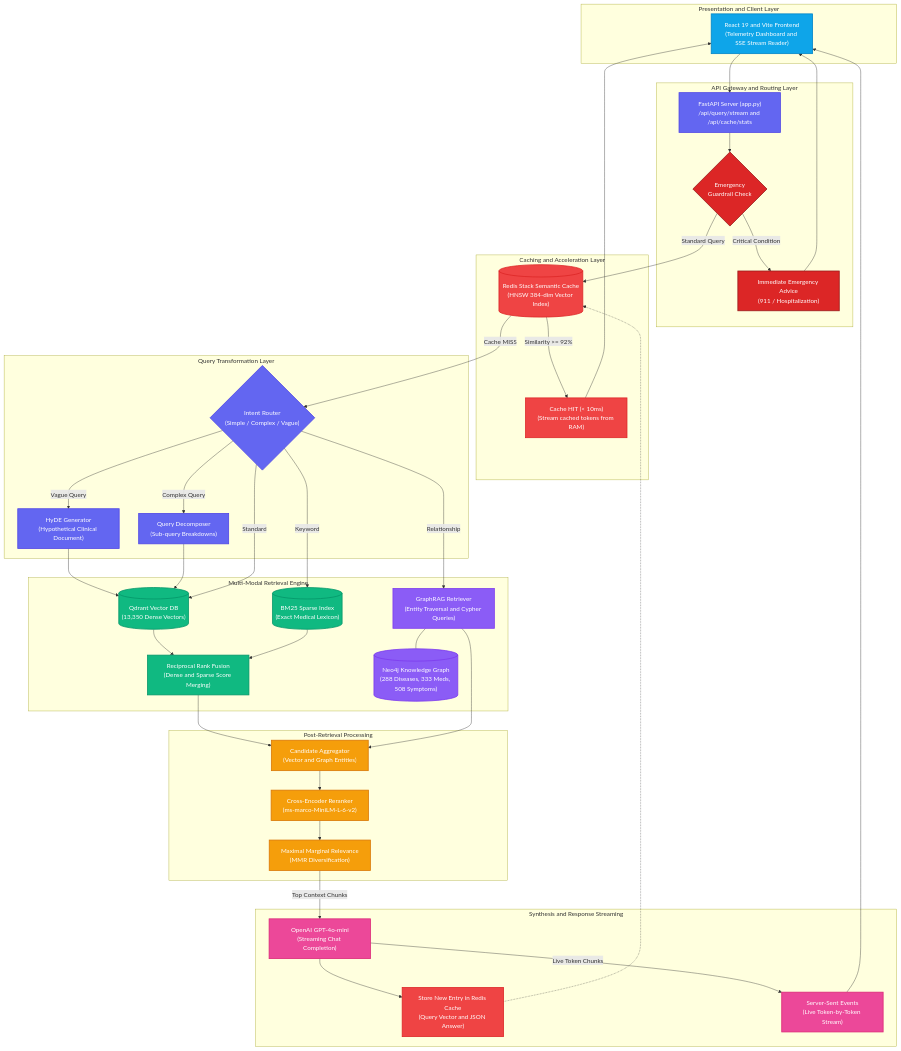
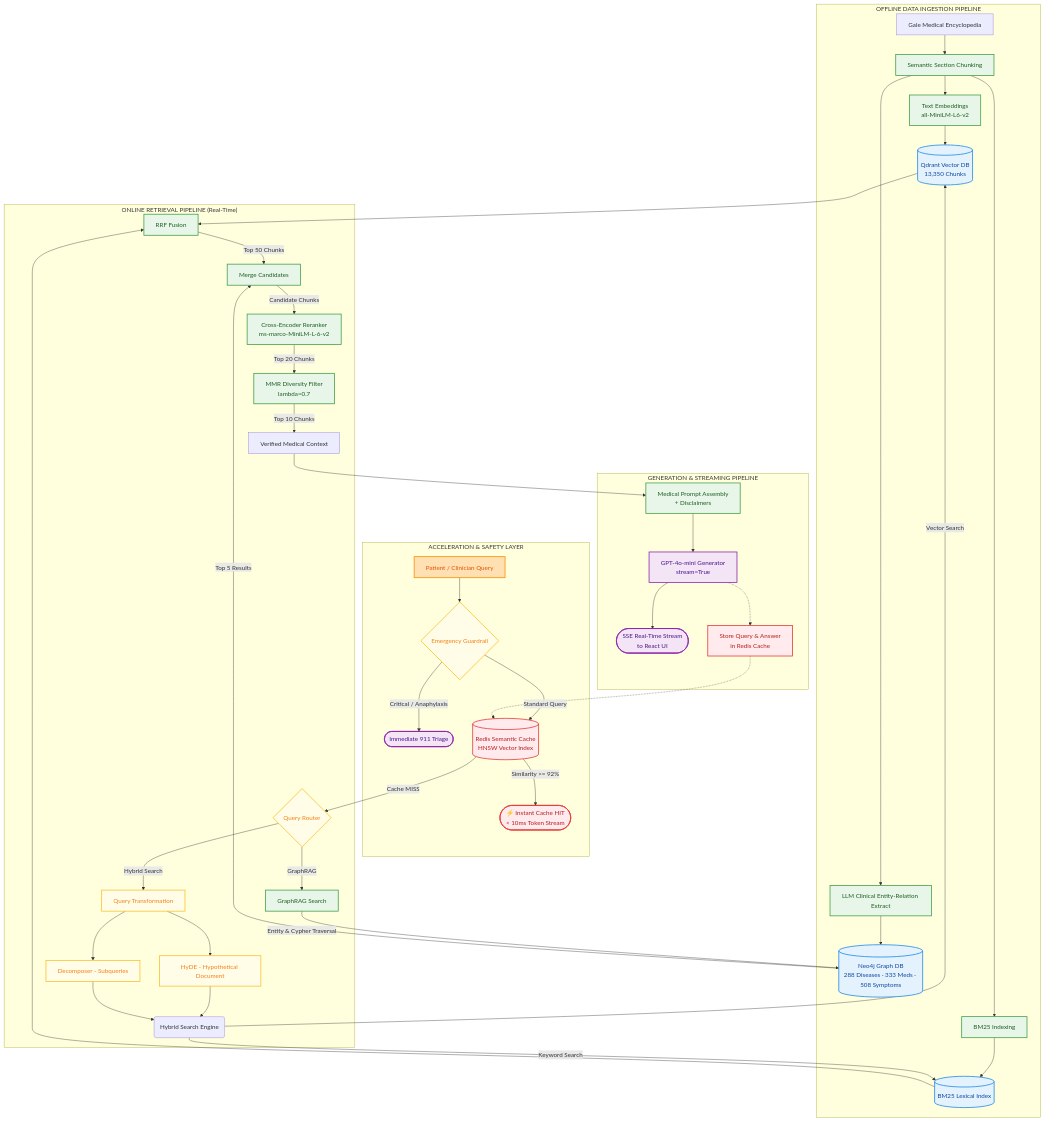
One commit to BaoNguyenz/End-to-end-Medical-Ai-Chatbox changed the diagram in README.md. Above: the diagram before and after it, drawn with Mermaid. The commit also changed other lines of this file, not shown here.

Commit message:
docs: reformat README.md to match exact structure and aesthetic of main branch

````diff
--- a/README.md
+++ b/README.md
@@ -25,94 +50,69 @@
 ```mermaid
 flowchart TD
-    %% Styling Classes (Avoid reserved keywords like 'graph')
-    classDef client fill:#0ea5e9,stroke:#0284c7,stroke-width:2px,color:#ffffff;
-    classDef gateway fill:#6366f1,stroke:#4f46e5,stroke-width:2px,color:#ffffff;
-    classDef cache fill:#ef4444,stroke:#dc2626,stroke-width:2px,color:#ffffff;
-    classDef retrieval fill:#10b981,stroke:#059669,stroke-width:2px,color:#ffffff;
-    classDef graphNode fill:#8b5cf6,stroke:#7c3aed,stroke-width:2px,color:#ffffff;
-    classDef post fill:#f59e0b,stroke:#d97706,stroke-width:2px,color:#ffffff;
-    classDef llm fill:#ec4899,stroke:#db2777,stroke-width:2px,color:#ffffff;
-    classDef safety fill:#dc2626,stroke:#991b1b,stroke-width:2px,color:#ffffff;
+    %% Theme Styling matching main branch
+    classDef storage fill:#e3f2fd,stroke:#1e88e5,stroke-width:2px,color:#0d47a1;
+    classDef action fill:#e8f5e9,stroke:#43a047,stroke-width:2px,color:#1b5e20;
+    classDef routing fill:#fffde7,stroke:#fbc02d,stroke-width:2px,color:#f57f17;
+    classDef input fill:#ffe0b2,stroke:#fb8c00,stroke-width:2px,color:#e65100;
+    classDef output fill:#f3e5f5,stroke:#8e24aa,stroke-width:2px,color:#4a148c;
+    classDef cache fill:#ffebee,stroke:#e53935,stroke-width:2px,color:#b71c1c;
 
-    %% Client Layer
-    subgraph ClientLayer [" Presentation and Client Layer "]
-        Client["React 19 and Vite Frontend<br/>(Telemetry Dashboard and SSE Stream Reader)"]:::client
+    subgraph INGESTION ["OFFLINE DATA INGESTION PIPELINE"]
+        Docs[Gale Medical Encyclopedia] --> Chunk[Semantic Section Chunking]
+        
+        %% Vector & BM25
+        Chunk --> Embed[Text Embeddings<br/>all-MiniLM-L6-v2] --> VecDB[(Qdrant Vector DB<br/>13,350 Chunks)]
+        Chunk --> BuildBM25[BM25 Indexing] --> BM25DB[(BM25 Lexical Index)]
+        
+        %% GraphRAG
+        Chunk --> GraphExtract[LLM Clinical Entity-Relation Extract] --> GraphDB[(Neo4j Graph DB<br/>288 Diseases · 333 Meds · 508 Symptoms)]
     end
 
-    %% Gateway & API Layer
-    subgraph APILayer [" API Gateway and Routing Layer "]
-        API["FastAPI Server (app.py)<br/>/api/query/stream and /api/cache/stats"]:::gateway
-        SafetyCheck{"Emergency<br/>Guardrail Check"}:::safety
-        EmergencyResp["Immediate Emergency Advice<br/>(911 / Hospitalization)"]:::safety
+    subgraph CACHING ["ACCELERATION & SAFETY LAYER"]
+        Q[Patient / Clinician Query] --> Safety{Emergency Guardrail}
+        Safety -- "Critical / Anaphylaxis" --> EmergAns([Immediate 911 Triage])
+        Safety -- "Standard Query" --> RedisCache[(Redis Semantic Cache<br/>HNSW Vector Index)]
+        RedisCache -- "Similarity >= 92%" --> CacheHit([⚡ Instant Cache HIT<br/>&lt; 10ms Token Stream])
     end
 
-    %% Caching Layer
-    subgraph CacheLayer [" Caching and Acceleration Layer "]
-        RedisCache[("Redis Stack Semantic Cache<br/>(HNSW 384-dim Vector Index)")]:::cache
-        CacheHit["Cache HIT (< 10ms)<br/>(Stream cached tokens from RAM)"]:::cache
+    subgraph RETRIEVAL ["ONLINE RETRIEVAL PIPELINE (Real-Time)"]
+        RedisCache -- "Cache MISS" --> Router{Query Router}
+        
+        %% Vector / Hybrid
+        Router -- "Hybrid Search" --> QTrans[Query Transformation]
+        QTrans --> HyDE[HyDE - Hypothetical Document]
+        QTrans --> Decompose[Decomposer - Subqueries]
+        
+        HyDE & Decompose --> SearchEngine(Hybrid Search Engine)
+        SearchEngine --> |Vector Search| VecDB
+        SearchEngine --> |Keyword Search| BM25DB
+        
+        %% Merging & Reranking
+        VecDB & BM25DB --> RRF[RRF Fusion]
+        RRF --> |Top 50 Chunks| Merge[Merge Candidates]
+
+        %% GraphRAG
+        Router -- "GraphRAG" --> GraphSearch[GraphRAG Search]
+        GraphSearch --> |Entity & Cypher Traversal| GraphDB
+        GraphDB --> |Top 5 Results| Merge
+
+        %% Post-Retrieval Pipeline
+        Merge --> |Candidate Chunks| Rerank[Cross-Encoder Reranker<br/>ms-marco-MiniLM-L-6-v2]
+        Rerank --> |Top 20 Chunks| MMR[MMR Diversity Filter<br/>lambda=0.7]
+        MMR --> |Top 10 Chunks| Context[Verified Medical Context]
     end
 
-    %% Query Transformation Layer
-    subgraph TransformLayer [" Query Transformation Layer "]
-        QueryRouter{"Intent Router<br/>(Simple / Complex / Vague)"}:::gateway
-        HyDE["HyDE Generator<br/>(Hypothetical Clinical Document)"]:::gateway
-        Decomp["Query Decomposer<br/>(Sub-query Breakdowns)"]:::gateway
+    subgraph GENERATION ["GENERATION & STREAMING PIPELINE"]
+        Context --> Assemble[Medical Prompt Assembly<br/>+ Disclaimers]
+        Assemble --> LLM[GPT-4o-mini Generator<br/>stream=True]
+        LLM --> StreamToken([SSE Real-Time Stream<br/>to React UI])
+        LLM -.-> StoreCache[Store Query & Answer<br/>in Redis Cache] -.-> RedisCache
     end
 
-    %% Hybrid Retrieval & Knowledge Graph Layer
-    subgraph RetrievalLayer [" Multi-Modal Retrieval Engine "]
-        QdrantDB[("Qdrant Vector DB<br/>(13,350 Dense Vectors)")]:::retrieval
-        BM25DB[("BM25 Sparse Index<br/>(Exact Medical Lexicon)")]:::retrieval
-        RRF["Reciprocal Rank Fusion<br/>(Dense and Sparse Score Merging)"]:::retrieval
-        Neo4jDB[("Neo4j Knowledge Graph<br/>(288 Diseases, 333 Meds, 508 Symptoms)")]:::graphNode
-        GraphRAG["GraphRAG Retriever<br/>(Entity Traversal and Cypher Queries)"]:::graphNode
-    end
-
-    %% Post-Retrieval Layer
-    subgraph PostLayer [" Post-Retrieval Processing "]
-        Merge["Candidate Aggregator<br/>(Vector and Graph Entities)"]:::post
-        CrossEncoder["Cross-Encoder Reranker<br/>(ms-marco-MiniLM-L-6-v2)"]:::post
-        MMR["Maximal Marginal Relevance<br/>(MMR Diversification)"]:::post
-    end
-
-    %% Generation Layer
-    subgraph GenLayer [" Synthesis and Response Streaming "]
-        OpenAI["OpenAI GPT-4o-mini<br/>(Streaming Chat Completion)"]:::llm
-        CacheStore["Store New Entry in Redis Cache<br/>(Query Vector and JSON Answer)"]:::cache
-        SSEStream["Server-Sent Events<br/>(Live Token-by-Token Stream)"]:::llm
-    end
-
-    %% Workflow Connections
-    Client --> API
-    API --> SafetyCheck
-    SafetyCheck -->|Critical Condition| EmergencyResp
-    EmergencyResp --> Client
-    SafetyCheck -->|Standard Query| RedisCache
-
-    RedisCache -->|Similarity >= 92%| CacheHit
-    CacheHit --> Client
-    RedisCache -->|Cache MISS| QueryRouter
-
-    QueryRouter -->|Vague Query| HyDE
-    HyDE --> QdrantDB
-    QueryRouter -->|Complex Query| Decomp
-    Decomp --> QdrantDB
-    QueryRouter -->|Standard| QdrantDB
-    QueryRouter -->|Keyword| BM25DB
-    QueryRouter -->|Relationship| GraphRAG
-
-    QdrantDB --> RRF
-    BM25DB --> RRF
-    GraphRAG --- Neo4jDB
-
-    RRF --> Merge
-    GraphRAG --> Merge
-    Merge --> CrossEncoder
-    CrossEncoder --> MMR
-
-    MMR -->|Top Context Chunks| OpenAI
-    OpenAI --> CacheStore
-    CacheStore -.-> RedisCache
-    OpenAI -->|Live Token Chunks| SSEStream
-    SSEStream --> Client
+    class VecDB,BM25DB,GraphDB storage;
+    class RedisCache,CacheHit,StoreCache cache;
+    class Chunk,Embed,BuildBM25,GraphExtract,RRF,Rerank,MMR,GraphSearch,Assemble,Merge action;
+    class Router,QTrans,HyDE,Decompose,Safety routing;
+    class Q input;
+    class LLM,EmergAns,StreamToken output;
 ```
````
